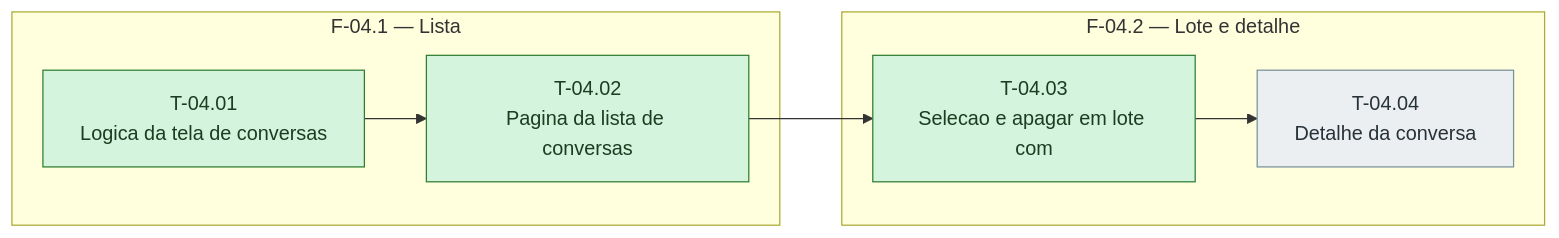
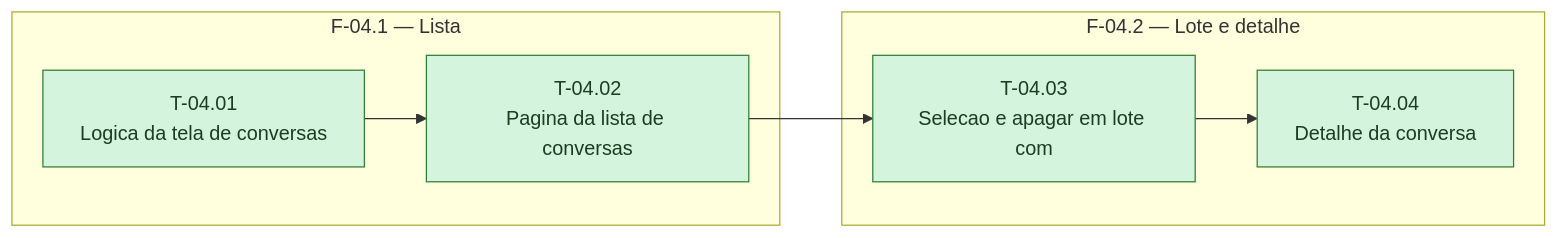
One commit to bittencourtthulio/converse-chatbot changed the diagram in docs/historico-de-conversas/sprint-04/fases.md. Above: the diagram before and after it, drawn with Mermaid. The commit also changed 11 other files, not shown here.

````diff
--- a/docs/historico-de-conversas/sprint-04/fases.md
+++ b/docs/historico-de-conversas/sprint-04/fases.md
@@ -31,26 +31,26 @@
 ```mermaid
 %% Grafo de tasks — sprint-04 — gerado pela sprintx a partir de tasks.md
 flowchart LR
   subgraph fase_04_1["F-04.1 — Lista"]
     T_04_01["T-04.01<br/>Logica da tela de conversas"]
     T_04_02["T-04.02<br/>Pagina da lista de conversas"]
   end
   subgraph fase_04_2["F-04.2 — Lote e detalhe"]
     T_04_03["T-04.03<br/>Selecao e apagar em lote com"]
     T_04_04["T-04.04<br/>Detalhe da conversa"]
   end
   T_04_01 --> T_04_02
   T_04_02 --> T_04_03
   T_04_03 --> T_04_04
 
   classDef concluida fill:#d4f4dd,stroke:#2e7d32,color:#1b3d20
   classDef andamento fill:#fff3cd,stroke:#b8860b,color:#4a3800
   classDef bloqueada fill:#f8d7da,stroke:#c62828,color:#4a1d1f
   classDef pendente  fill:#eceff1,stroke:#78909c,color:#263238
   classDef critico   stroke-width:3px
 
   class T_04_01 concluida
   class T_04_02 concluida
   class T_04_03 concluida
-  class T_04_04 pendente
+  class T_04_04 concluida
 ```
````
